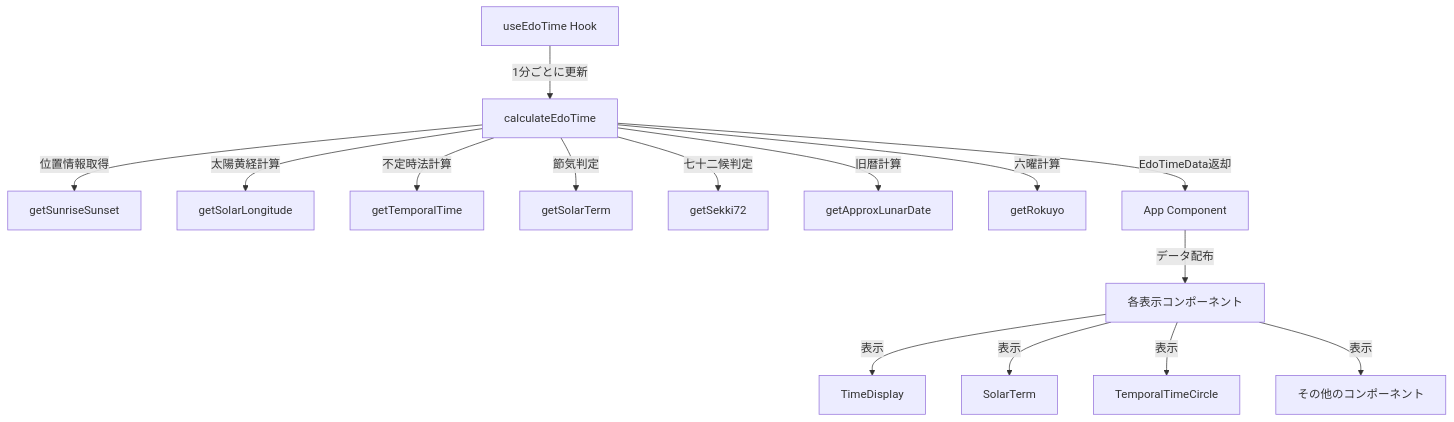
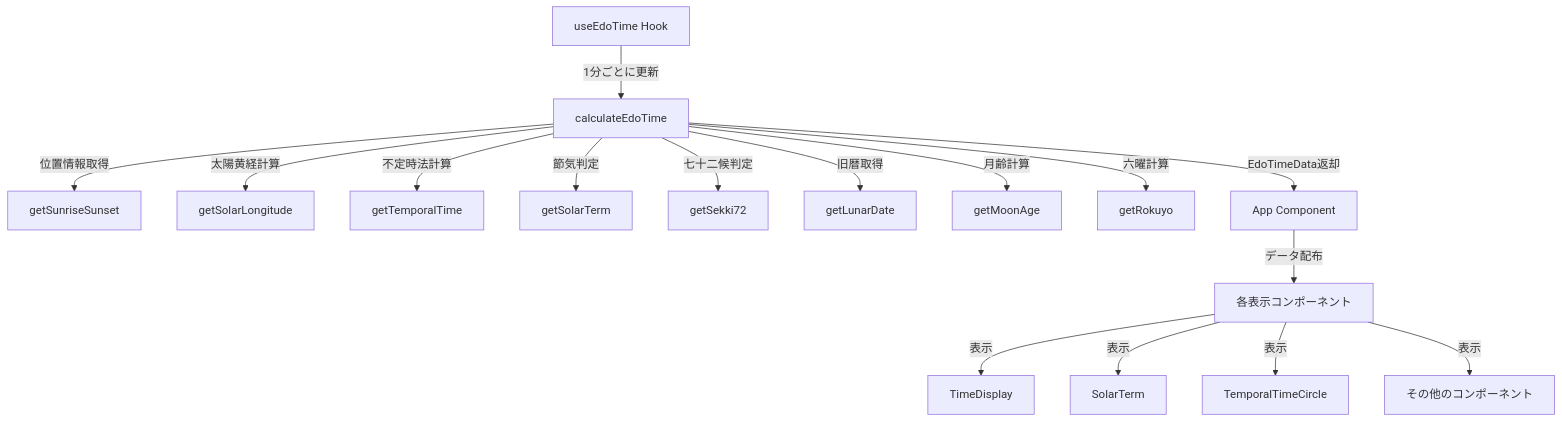
One commit to mnrj-vv-w/edo-time-jp changed the diagram in doc/ARCHITECTURE.md. Above: the diagram before and after it, drawn with Mermaid. The commit also changed other lines of this file and 2 other files, not shown here.

````diff
--- a/doc/ARCHITECTURE.md
+++ b/doc/ARCHITECTURE.md
@@ -77,17 +81,18 @@
 ```mermaid
 graph TD
     A[useEdoTime Hook] -->|1分ごとに更新| B[calculateEdoTime]
     B -->|位置情報取得| C[getSunriseSunset]
     B -->|太陽黄経計算| D[getSolarLongitude]
     B -->|不定時法計算| E[getTemporalTime]
     B -->|節気判定| F[getSolarTerm]
     B -->|七十二候判定| G[getSekki72]
-    B -->|旧暦計算| H[getApproxLunarDate]
+    B -->|旧暦取得| H[getLunarDate]
+    B -->|月齢計算| H2[getMoonAge]
     B -->|六曜計算| I[getRokuyo]
     B -->|EdoTimeData返却| J[App Component]
     J -->|データ配布| K[各表示コンポーネント]
     K -->|表示| L[TimeDisplay]
     K -->|表示| M[SolarTerm]
     K -->|表示| N[TemporalTimeCircle]
     K -->|表示| O[その他のコンポーネント]
 ```
````
